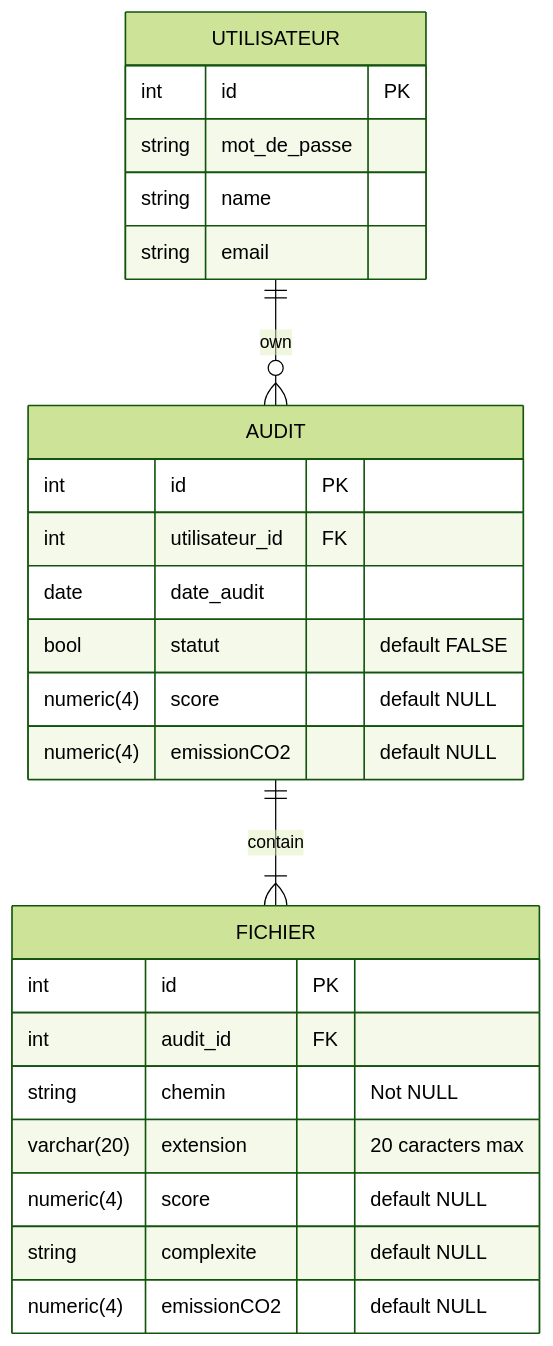
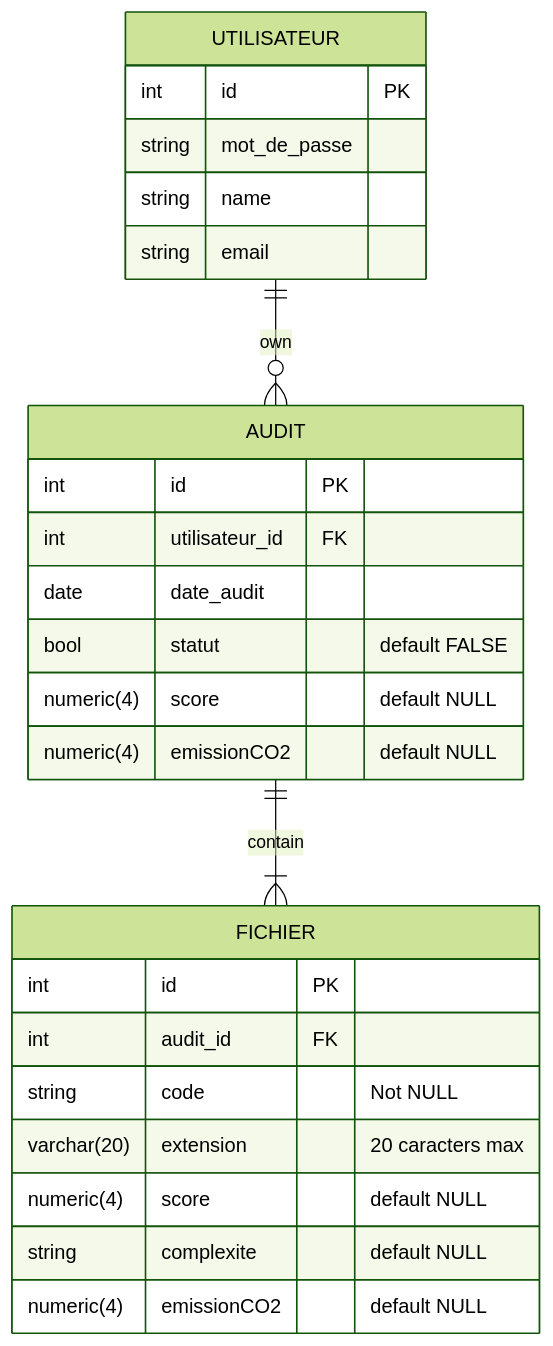
Before and after one commit to Tympwu/Projet-2A-Info-ENSAI: the diagram in doc/database_diagram.md, drawn with Mermaid (forest theme). The commit also changed 1 other file, not shown here.

Commit message:
Mis à jour tâche et diagramme base de donnée

````diff
--- a/doc/database_diagram.md
+++ b/doc/database_diagram.md
@@ -16,29 +16,29 @@
 ```mermaid
 erDiagram
     UTILISATEUR ||--o{ AUDIT : own
     UTILISATEUR {
         int id PK
         string mot_de_passe
         string name
         string email
     }
     AUDIT ||--|{ FICHIER : contain
     AUDIT {
         int id PK
         int utilisateur_id FK
         date date_audit
         bool statut "default FALSE"
         numeric(4) score "default NULL"
         numeric(4) emissionCO2 "default NULL"
     }
     FICHIER {
       int id PK
       int audit_id FK
-      string chemin "Not NULL"
+      string code "Not NULL"
       varchar(20) extension "20 caracters max"
       numeric(4) score "default NULL"
       string complexite "default NULL"
       numeric(4) emissionCO2 "default NULL"
     }
 
 ```
````
